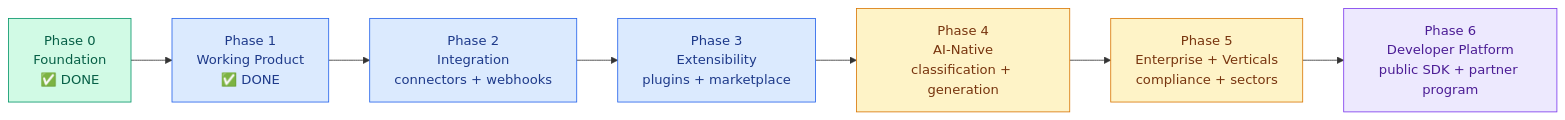
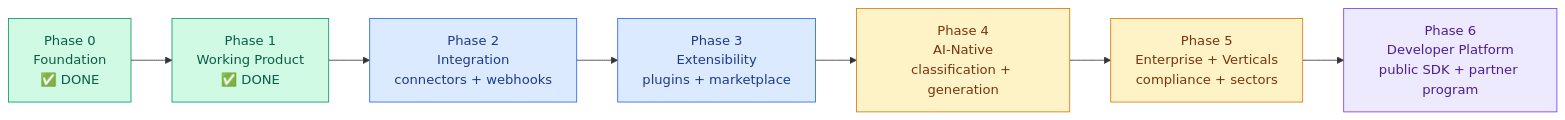
Before and after one commit to TusharSharma991/OpenWind: the seventh of 7 diagrams in docs/platform-vision.md, drawn with Mermaid. The commit also changed 3 other files, not shown here.

````diff
--- a/docs/platform-vision.md
+++ b/docs/platform-vision.md
@@ -623,20 +623,20 @@
 ```mermaid
 graph LR
     P0["Phase 0\nFoundation\n✅ DONE"]
     P1["Phase 1\nWorking Product\n✅ DONE"]
     P2["Phase 2\nIntegration\nconnectors + webhooks"]
     P3["Phase 3\nExtensibility\nplugins + marketplace"]
     P4["Phase 4\nAI-Native\nclassification + generation"]
     P5["Phase 5\nEnterprise + Verticals\ncompliance + sectors"]
     P6["Phase 6\nDeveloper Platform\npublic SDK + partner program"]
 
     P0 --> P1 --> P2 --> P3 --> P4 --> P5 --> P6
 
     style P0 fill:#d1fae5,stroke:#059669,color:#065f46
-    style P1 fill:#dbeafe,stroke:#2563eb,color:#1e3a8a
+    style P1 fill:#d1fae5,stroke:#059669,color:#065f46
     style P2 fill:#dbeafe,stroke:#2563eb,color:#1e3a8a
     style P3 fill:#dbeafe,stroke:#2563eb,color:#1e3a8a
     style P4 fill:#fef3c7,stroke:#d97706,color:#78350f
     style P5 fill:#fef3c7,stroke:#d97706,color:#78350f
     style P6 fill:#ede9fe,stroke:#7c3aed,color:#4c1d95
 ```
````
